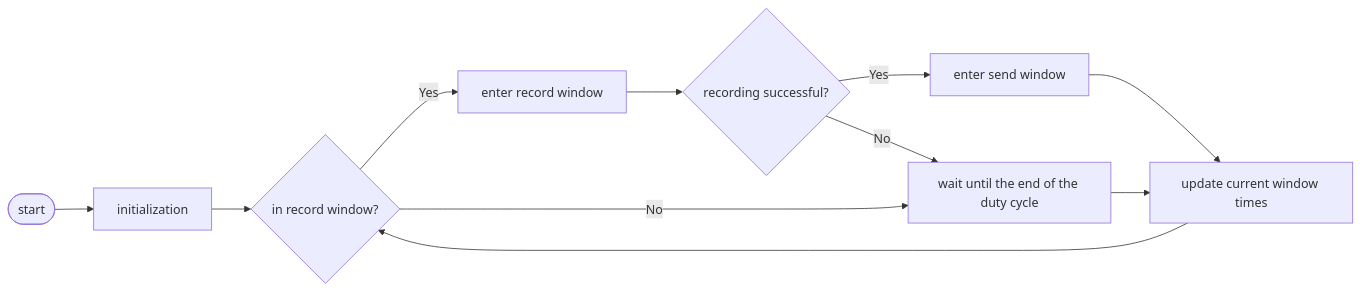
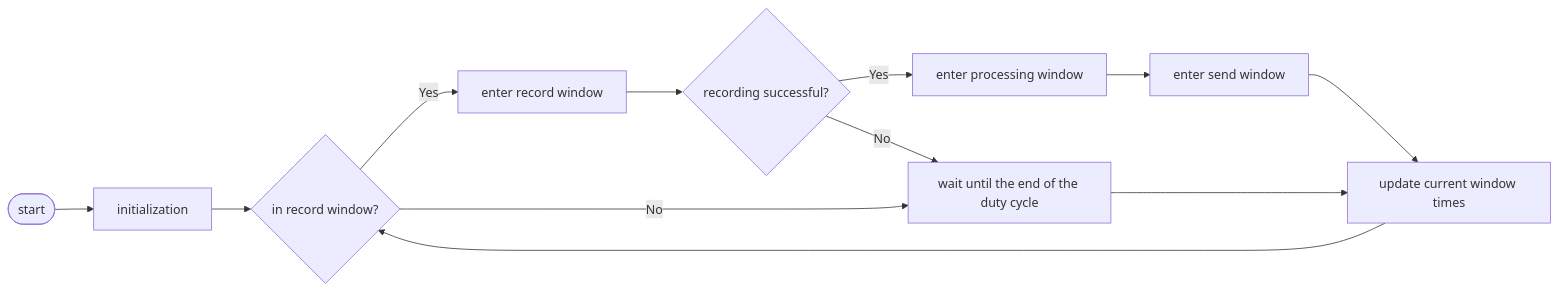
One commit to SASlabgroup/microSWIFT changed the third of 6 diagrams in doc/Design.md. Above: the diagram before and after it, drawn with Mermaid. The commit also changed other lines of this file, not shown here.

Commit message:
updates main flow

````diff
--- a/doc/Design.md
+++ b/doc/Design.md
@@ -114,18 +114,18 @@
 ```mermaid
 flowchart LR
-
     start([start])--> initialization
     initialization --> in_record{"in record window?"};
     
     in_record-->|Yes| record_window["enter record window"]
         record_window-->recording_successful{"recording successful?"};
-        recording_successful-->|Yes| send_window["enter send window"]
+        recording_successful-->|Yes| processing_window["enter processing window"]
+        processing_window-->send_window["enter send window"]
         send_window-->update_times
         recording_successful-->|No| wait
 
     in_record-->|No| wait["wait until the end of the duty cycle"]
         wait-->update_times["update current window times"]
     
     update_times-->in_record
 
 ```
````
